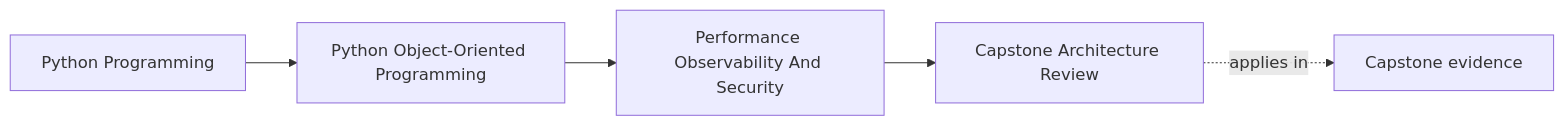
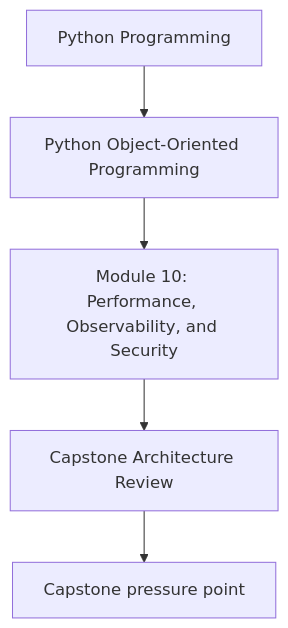
One commit to bijux/bijux-masterclass changed the first of 2 diagrams in programs/python-programming/python-object-oriented-programming/course-book/module-10-performance-observability-and-security/capstone-architecture-review.md. Above: the diagram before and after it, drawn with Mermaid. The commit also changed other lines of this file and 107 other files, not shown here.

Commit message:
docs(python-object-oriented-programming): align concept page diagrams

````diff
--- a/programs/python-programming/python-object-oriented-programming/course-book/module-10-performance-observability-and-security/capstone-architecture-review.md
+++ b/programs/python-programming/python-object-oriented-programming/course-book/module-10-performance-observability-and-security/capstone-architecture-review.md
@@ -7,11 +7,7 @@
 ```mermaid
-graph LR
-  family["Python Programming"]
-  program["Python Object-Oriented Programming"]
-  section["Performance Observability And Security"]
-  page["Capstone Architecture Review"]
-  capstone["Capstone evidence"]
-
-  family --> program --> section --> page
-  page -.applies in.-> capstone
+flowchart TD
+  family["Python Programming"] --> program["Python Object-Oriented Programming"]
+  program --> module["Module 10: Performance, Observability, and Security"]
+  module --> concept["Capstone Architecture Review"]
+  concept --> capstone["Capstone pressure point"]
 ```
````
